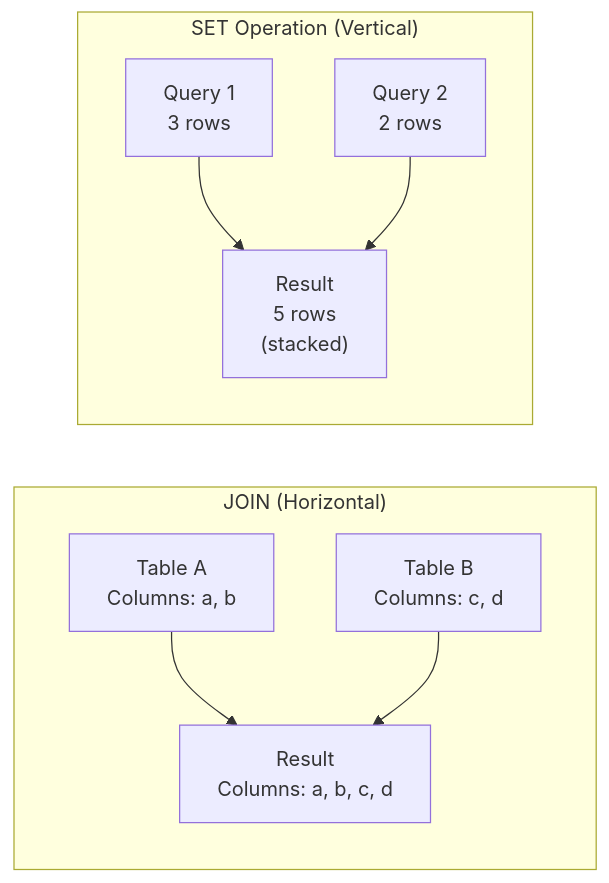
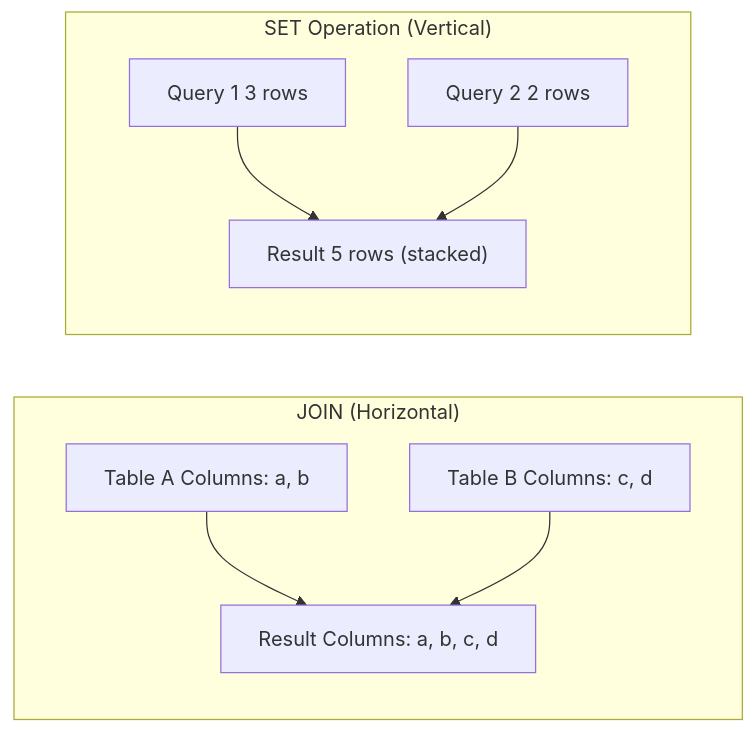
Diagram 12 of 16 in SQL/readmeClV1.md (pentoshi007/prep), drawn with Mermaid before and after one commit. The commit also changed other lines of this file and 1 other file, not shown here.

````diff
--- a/SQL/readmeClV1.md
+++ b/SQL/readmeClV1.md
@@ -1614,18 +1614,18 @@
 ```mermaid
 flowchart LR
     subgraph JOIN["JOIN (Horizontal)"]
-        JA["Table A\nColumns: a, b"]
-        JB["Table B\nColumns: c, d"]
-        JR["Result\nColumns: a, b, c, d"]
+        JA["Table A Columns: a, b"]
+        JB["Table B Columns: c, d"]
+        JR["Result Columns: a, b, c, d"]
         JA --> JR
         JB --> JR
     end
 
     subgraph SET["SET Operation (Vertical)"]
-        SA["Query 1\n3 rows"]
-        SB["Query 2\n2 rows"]
-        SR["Result\n5 rows\n(stacked)"]
+        SA["Query 1 3 rows"]
+        SB["Query 2 2 rows"]
+        SR["Result 5 rows (stacked)"]
         SA --> SR
         SB --> SR
     end
 ```
````
